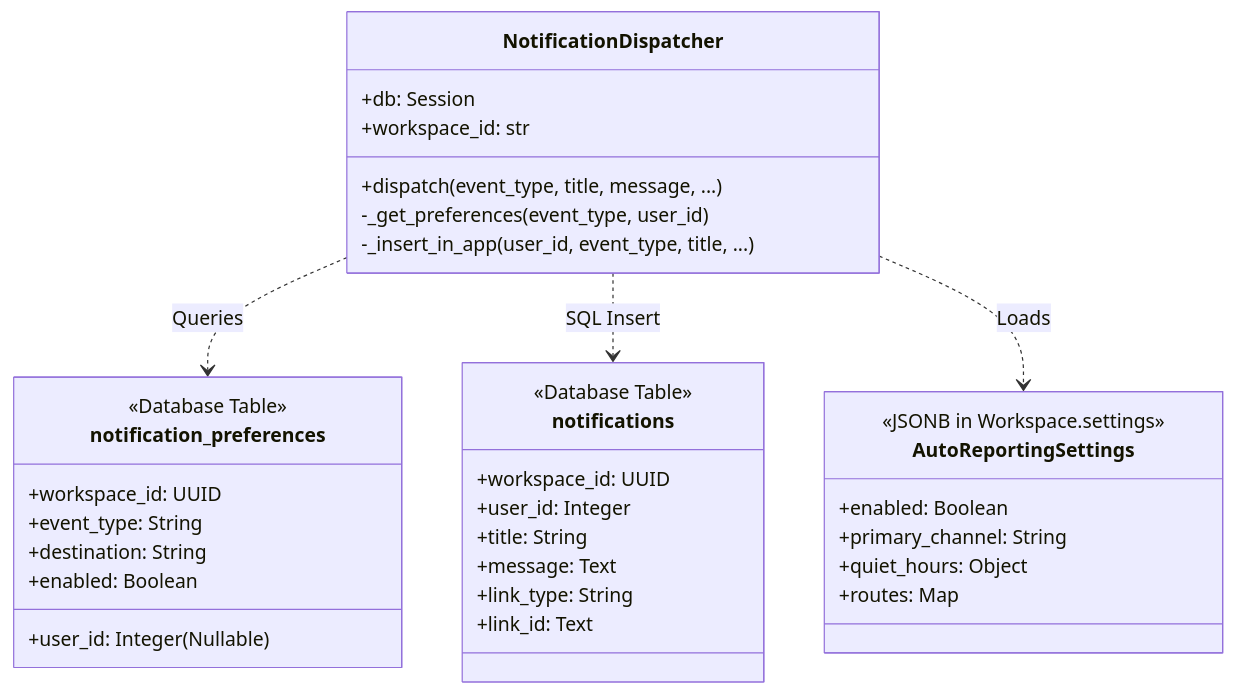
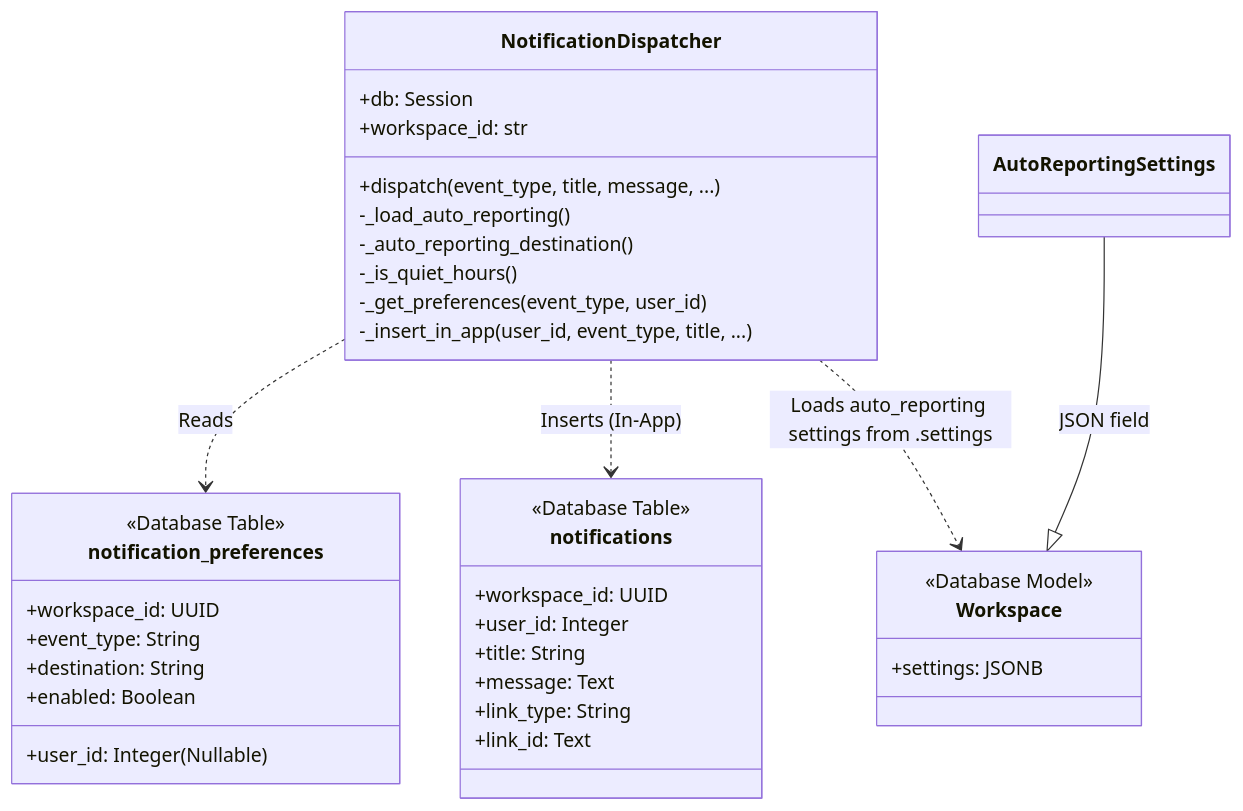
One commit to AutomatosAI/automatos-ai changed the second of 2 diagrams in docs/unified-notification-system/notificationdispatcher.md. Above: the diagram before and after it, drawn with Mermaid. The commit also changed other lines of this file and 191 other files, not shown here.

````diff
--- a/docs/unified-notification-system/notificationdispatcher.md
+++ b/docs/unified-notification-system/notificationdispatcher.md
@@ -127,41 +128,42 @@
 ```mermaid
 classDiagram
     class NotificationDispatcher {
         +db: Session
         +workspace_id: str
         +dispatch(event_type, title, message, ...)
+        -_load_auto_reporting()
+        -_auto_reporting_destination()
+        -_is_quiet_hours()
         -_get_preferences(event_type, user_id)
         -_insert_in_app(user_id, event_type, title, ...)
     }
 
     class notification_preferences {
         <<Database Table>>
         +workspace_id: UUID
         +user_id: Integer (Nullable)
         +event_type: String
         +destination: String
         +enabled: Boolean
     }
 
     class notifications {
         <<Database Table>>
         +workspace_id: UUID
         +user_id: Integer
         +title: String
         +message: Text
         +link_type: String
         +link_id: Text
     }
 
-    class AutoReportingSettings {
-        <<JSONB in Workspace.settings>>
-        +enabled: Boolean
-        +primary_channel: String
-        +quiet_hours: Object
-        +routes: Map
+    class Workspace {
+        <<Database Model>>
+        +settings: JSONB
     }
 
-    NotificationDispatcher ..> notification_preferences : Queries
-    NotificationDispatcher ..> notifications : SQL Insert
-    NotificationDispatcher ..> AutoReportingSettings : Loads
+    NotificationDispatcher ..> notification_preferences : Reads
+    NotificationDispatcher ..> notifications : Inserts (In-App)
+    NotificationDispatcher ..> Workspace : Loads auto_reporting settings from .settings
+    AutoReportingSettings --|> Workspace : JSON field
 ```
````
